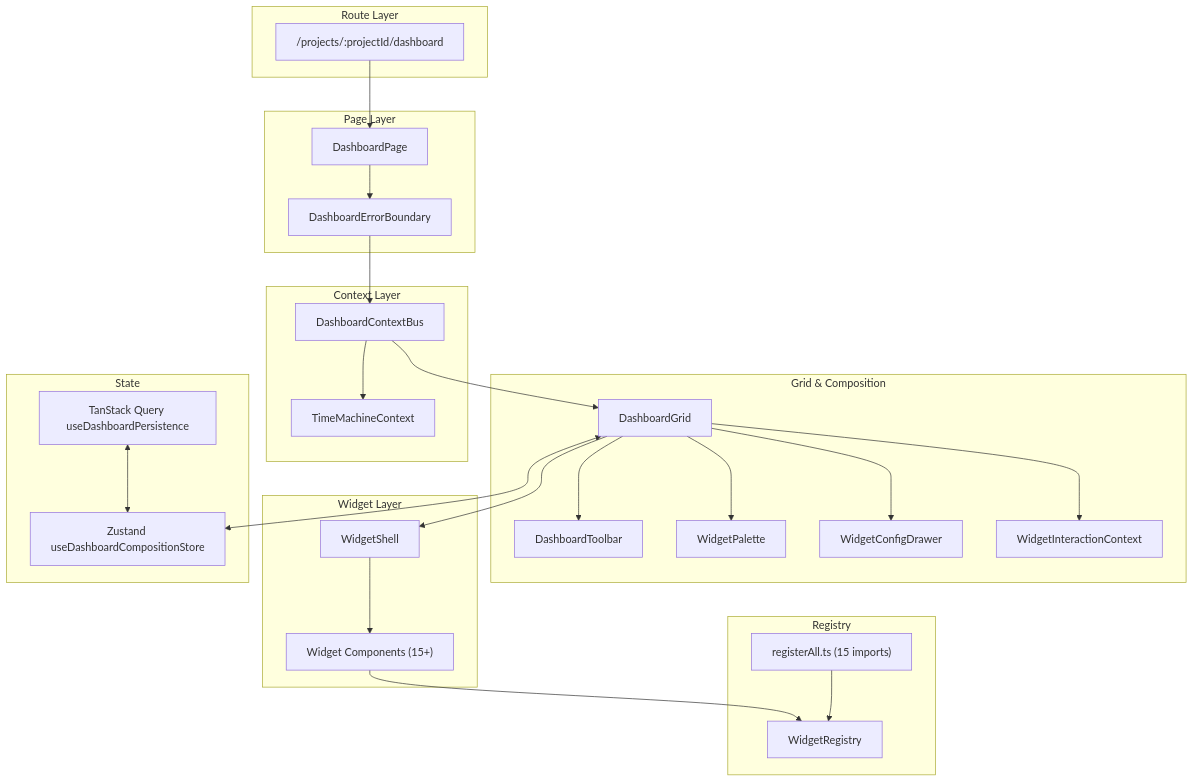
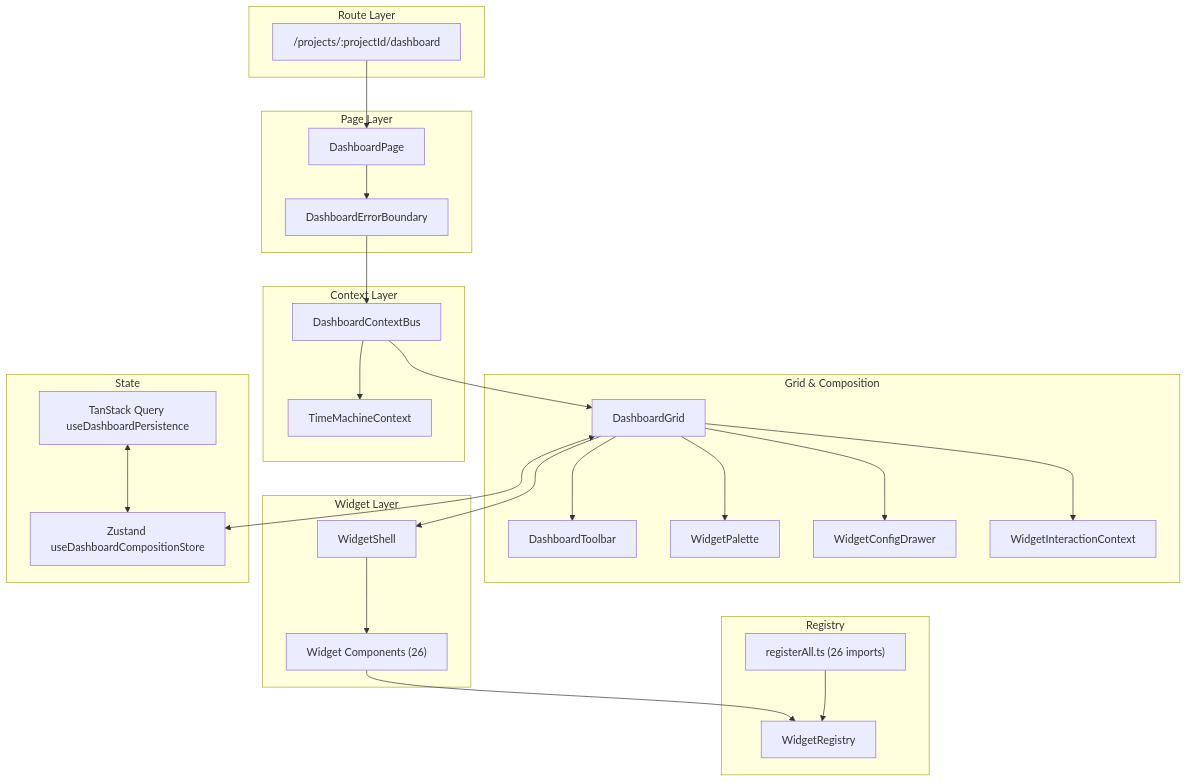
One commit to ogghst/backcast changed the third of 5 diagrams in docs/02-architecture/dashboard-developer-guide.md. Above: the diagram before and after it, drawn with Mermaid. The commit also changed other lines of this file and 29 other files, not shown here.

First line of the commit message:
docs: sync stale architecture docs with current code

````diff
--- a/docs/02-architecture/dashboard-developer-guide.md
+++ b/docs/02-architecture/dashboard-developer-guide.md
@@ -262,54 +303,54 @@
 ```mermaid
 graph TD
     subgraph "Route Layer"
         A["/projects/:projectId/dashboard"]
     end
 
     subgraph "Page Layer"
         B[DashboardPage]
         B1[DashboardErrorBoundary]
     end
 
     subgraph "Context Layer"
         C[DashboardContextBus]
         C1[TimeMachineContext]
     end
 
     subgraph "Grid & Composition"
         D[DashboardGrid]
         E[DashboardToolbar]
         F[WidgetPalette]
         G[WidgetConfigDrawer]
         H[WidgetInteractionContext]
     end
 
     subgraph "Widget Layer"
         I[WidgetShell]
-        J["Widget Components (15+)"]
+        J["Widget Components (26)"]
     end
 
     subgraph "State"
         K[Zustand useDashboardCompositionStore]
         L[TanStack Query useDashboardPersistence]
     end
 
     subgraph "Registry"
         M[WidgetRegistry]
-        N["registerAll.ts (15 imports)"]
+        N["registerAll.ts (26 imports)"]
     end
 
     A --> B
     B --> B1 --> C
     C --> C1
     C --> D
     D --> E
     D --> F
     D --> G
     D --> H
     D --> I
     I --> J
     J --> M
     N --> M
     D <--> K
     L <--> K
 ```
````
